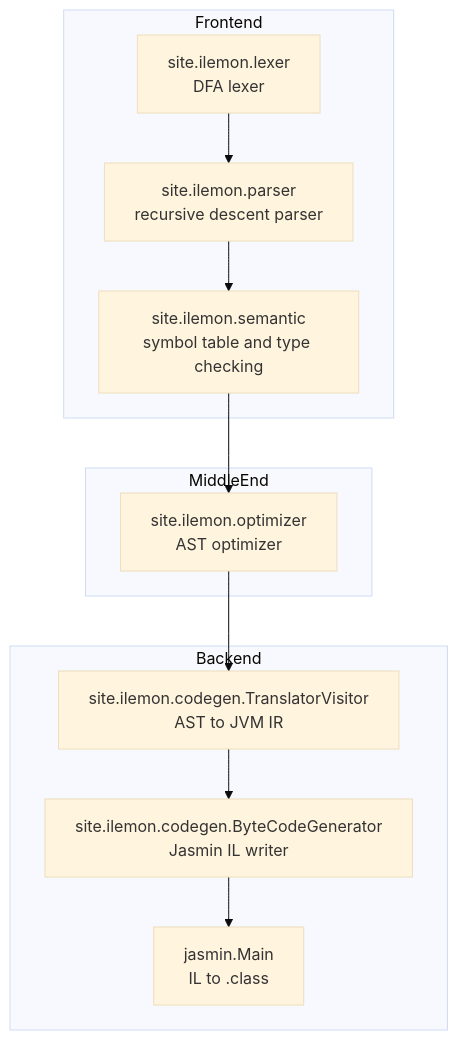
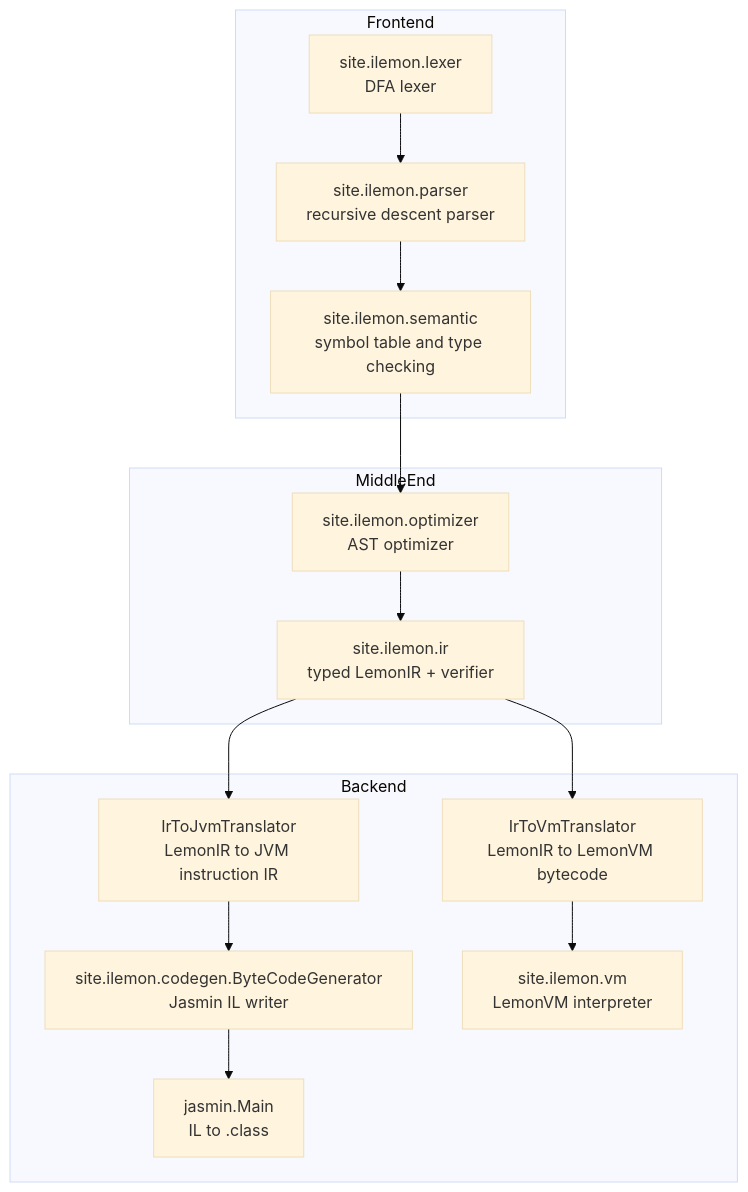
The first of 2 diagrams in README.md (yananlemon/LemonC), drawn with Mermaid (base theme) before and after one commit. The commit also changed other lines of this file and 45 other files, not shown here.

````diff
--- a/README.md
+++ b/README.md
@@ -96,20 +92,25 @@
 ```mermaid
 flowchart TB
     subgraph Frontend
         L["site.ilemon.lexer<br/>DFA lexer"]
         P["site.ilemon.parser<br/>recursive descent parser"]
         S["site.ilemon.semantic<br/>symbol table and type checking"]
     end
 
     subgraph MiddleEnd
         O["site.ilemon.optimizer<br/>AST optimizer"]
+        IR["site.ilemon.ir<br/>typed LemonIR + verifier"]
     end
 
     subgraph Backend
-        T["site.ilemon.codegen.TranslatorVisitor<br/>AST to JVM IR"]
+        JIR["IrToJvmTranslator<br/>LemonIR to JVM instruction IR"]
         B["site.ilemon.codegen.ByteCodeGenerator<br/>Jasmin IL writer"]
         J["jasmin.Main<br/>IL to .class"]
+        VIR["IrToVmTranslator<br/>LemonIR to LemonVM bytecode"]
+        VM["site.ilemon.vm<br/>LemonVM interpreter"]
     end
 
-    L --> P --> S --> O --> T --> B --> J
+    L --> P --> S --> O --> IR
+    IR --> JIR --> B --> J
+    IR --> VIR --> VM
 ```
````
